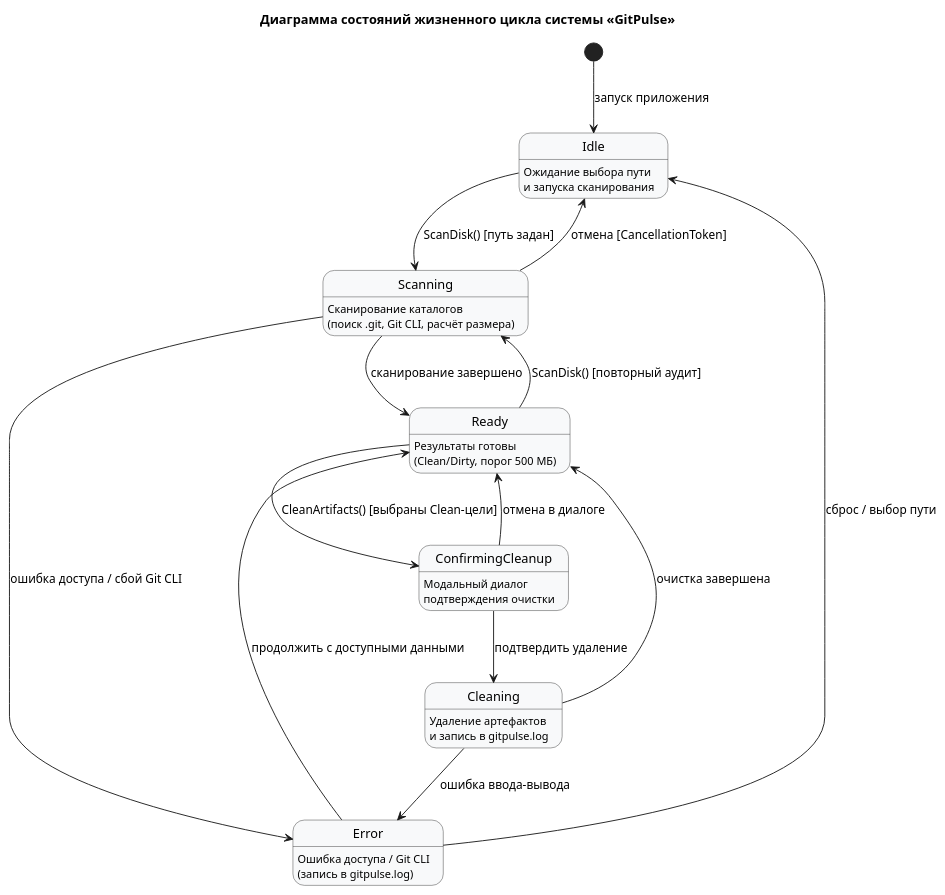
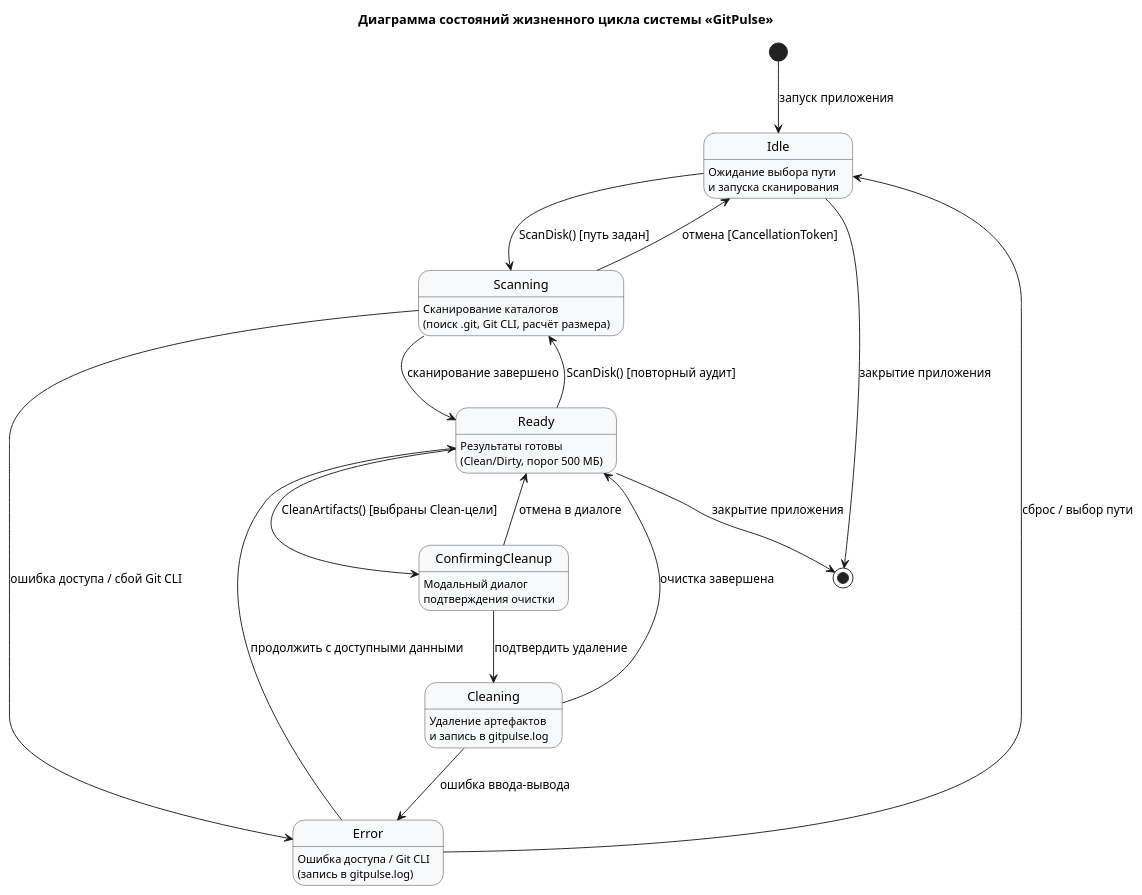
The diagram in diagrams/gitpulse-statemachine.puml (BSUIR-SDLC/SDLC), drawn with PlantUML before and after one commit. The commit also changed 19 other files, not shown here.

Commit message:
docs: синхронизировать документацию и диаграммы после согласования

```diff
--- a/diagrams/gitpulse-statemachine.puml
+++ b/diagrams/gitpulse-statemachine.puml
@@ -1,38 +1,42 @@
 @startuml gitpulse-statemachine
 title Диаграмма состояний жизненного цикла системы «GitPulse»
+skinparam shadowing false
 skinparam state {
   BackgroundColor #F8F9FA
   BorderColor #333333
 }
 
 [*] --> Idle : запуск приложения
 
 state Idle : Ожидание выбора пути\nи запуска сканирования
 
 state Scanning : Сканирование каталогов\n(поиск .git, Git CLI, расчёт размера)
 
 state Error : Ошибка доступа / Git CLI\n(запись в gitpulse.log)
 
 state Ready : Результаты готовы\n(Clean/Dirty, порог 500 МБ)
 
 state ConfirmingCleanup : Модальный диалог\nподтверждения очистки
 
 state Cleaning : Удаление артефактов\nи запись в gitpulse.log
 
 Idle --> Scanning : ScanDisk() [путь задан]
+Idle --> [*] : закрытие приложения
+
 Scanning --> Idle : отмена [CancellationToken]
 Scanning --> Error : ошибка доступа / сбой Git CLI
 Scanning --> Ready : сканирование завершено
 
 Error --> Idle : сброс / выбор пути
 Error --> Ready : продолжить с доступными данными
 
 Ready --> Scanning : ScanDisk() [повторный аудит]
 Ready --> ConfirmingCleanup : CleanArtifacts() [выбраны Clean-цели]
+Ready --> [*] : закрытие приложения
 
 ConfirmingCleanup --> Ready : отмена в диалоге
 ConfirmingCleanup --> Cleaning : подтвердить удаление
 
 Cleaning --> Ready : очистка завершена
 Cleaning --> Error : ошибка ввода-вывода
 @enduml
```
